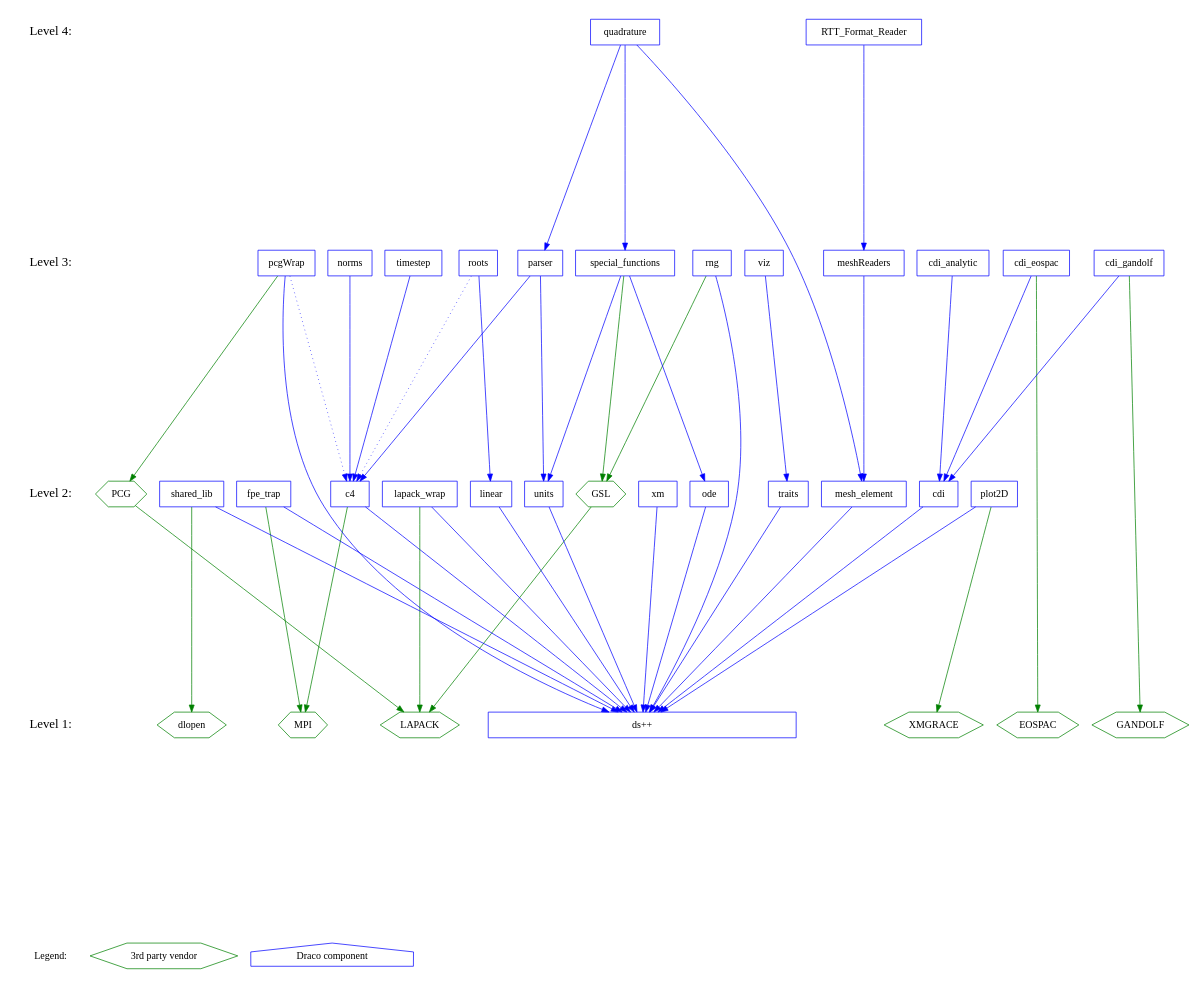
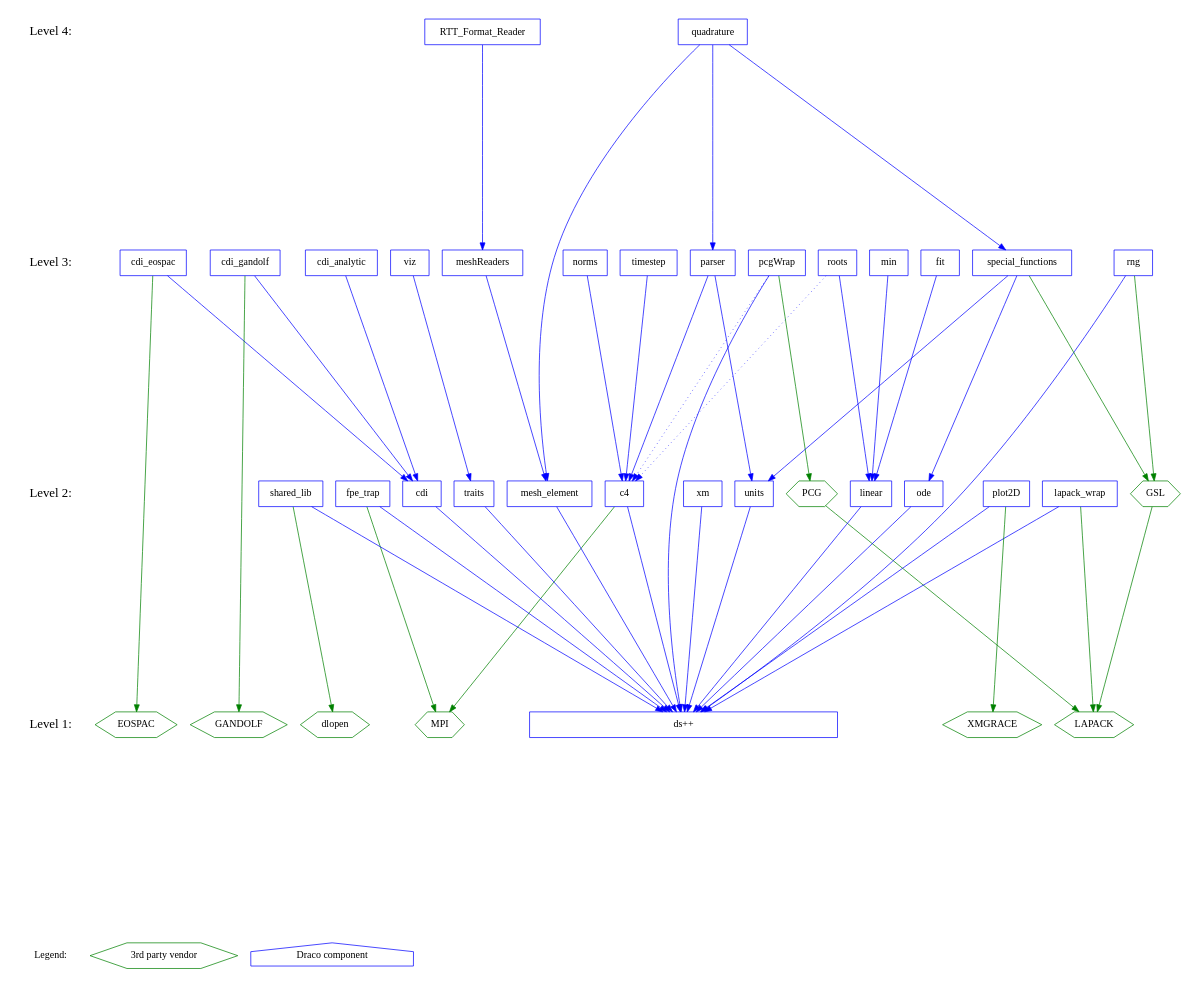
Before and after one commit to losalamos/Draco: the diagram in doc/design/level.dot, drawn with Graphviz. The commit also changed 10 other files, not shown here.

Commit message:
+ Add new components fit and min to the CMake-based build system.

```diff
--- a/doc/design/level.dot
+++ b/doc/design/level.dot
@@ -1,130 +1,134 @@
 digraph draco_level {
     /* graph attributes */
     center=1;
     size="7.5,10";
     ranksep=4;
     
     /* levels */
     legend [shape=plaintext, label="Legend:", fontsize=14];
     level1 [shape=plaintext, label="Level 1:", fontsize=18];
     level2 [shape=plaintext, label="Level 2:", fontsize=18];
     level3 [shape=plaintext, label="Level 3:", fontsize=18];
     level4 [shape=plaintext, label="Level 4:", fontsize=18];
 /*     level5 [shape=plaintext, label="Level 5:", fontsize=18]; */
 /*    level6 [shape=plaintext, label="Level 6:", fontsize=18]; */
     
     /* level6 -> level5 -> */
     level4 -> level3 -> level2 -> level1 -> legend [style=invis];
     
     /* packages */
 
     /* legend */
     leg_vendor [shape=box, label="3rd party vendor", color=green, shape=hexagon];
     leg_draco  [shape=box, label="Draco component",  color=blue,  shape=house ];
 
     /* level 1 */
     vdlopen    [shape=hexagon, color=green, label="dlopen"];
     veospac    [shape=hexagon, color=green, label="EOSPAC"];
     vgandolf   [shape=hexagon, color=green, label="GANDOLF"];
     vgrace     [shape=hexagon, color=green, label="XMGRACE"];
     vlapack    [shape=hexagon, color=green, label="LAPACK"];
     vmpi       [shape=hexagon, color=green, label="MPI"];
         
     dsxx [shape=box, color=blue, label="ds++", width=6];
     
     /* level 2 */
     vgsl       [shape=hexagon, color=green, label="GSL"];
     vpcg       [shape=hexagon, color=green, label="PCG"];
 
     c4         [shape=box, color=blue, label="c4"];
     cdi        [shape=box, color=blue, label="cdi"];
     fpetrap    [shape=box, color=blue, label="fpe_trap"];
     lapack     [shape=box, color=blue, label="lapack_wrap"];
     linear     [shape=box, color=blue, label="linear"];
     meshelement [shape=box, color=blue, label="mesh_element"];
     ode        [shape=box, color=blue, label="ode"];
     plot       [shape=box, color=blue, label="plot2D"];
     rng        [shape=box, color=blue, label="rng"];
     shlib      [shape=box, color=blue, label="shared_lib"];
     traits     [shape=box, color=blue, label="traits"];
     units      [shape=box, color=blue, label="units"];
     xm         [shape=box, color=blue, label="xm"];
         
     /* level 3 */
     cdianal   [shape=box, color=blue, label="cdi_analytic"];
     cdieos    [shape=box, color=blue, label="cdi_eospac"];
     cdigan    [shape=box, color=blue, label="cdi_gandolf"];
+    fit       [shape=box, color=blue, label="fit"];
     meshread  [shape=box, color=blue, label="meshReaders"];
+    min       [shape=box, color=blue, label="min"];
     norms     [shape=box, color=blue, label="norms"];
     parser    [shape=box, color=blue, label="parser"];
     pcg       [shape=box, color=blue, label="pcgWrap"];
     roots     [shape=box, color=blue, label="roots"];
     sf        [shape=box, color=blue, label="special_functions"];
     timestep  [shape=box, color=blue, label="timestep"];
     viz       [shape=box, color=blue, label="viz"];
     
     /* level 4 */
     quad      [shape=box, color=blue, label="quadrature"];
     rttread   [shape=box, color=blue, label="RTT_Format_Reader"];
     
     /* dependencies */
     {rank=same; legend leg_vendor leg_draco};
     {rank=same; level1 dsxx vlapack vmpi veospac  vgandolf vgrace vdlopen};
     {rank=same; level2 shlib plot lapack traits xm c4 fpetrap units cdi vpcg ode linear};
     {rank=same; level3 viz timestep cdianal cdieos cdigan pcg meshread parser sf};
     {rank=same; level4 rttread quad};
     
     /* draco packages */
 
     /* NOTE:  hidden dependencies are in comments at the end of each line.
      * For example if a package depends on c4 it implicitly depends on dsxx
      * as well.  The dependency on dsxx is not shown explicitly on the
      * graph. 
     
     /* level 2 */
     c4          -> {dsxx}        [color=blue];
     c4          -> {vmpi}        [color=green];
     cdi         -> {dsxx}        [color=blue];
     fpetrap     -> {dsxx}        [color=blue];
     fpetrap     -> {vmpi}        [color=green];
     lapack      -> {dsxx}        [color=blue];
     lapack      -> {vlapack}     [color=green];
     linear      -> {dsxx}        [color=blue];
     meshelement -> {dsxx}        [color=blue];
     ode         -> {dsxx}        [color=blue];
     plot        -> {dsxx}        [color=blue];
     plot        -> {vgrace}      [color=green];
     rng         -> {dsxx}        [color=blue];
     rng         -> {vgsl}        [color=green];
     shlib       -> {dsxx}        [color=blue];
     shlib       -> {vdlopen}     [color=green];
     traits      -> {dsxx}        [color=blue];
     units       -> {dsxx}        [color=blue];
     vgsl        -> {vlapack}     [color=green];
     vpcg        -> {vlapack}     [color=green];
     xm          -> {dsxx}        [color=blue];
     
     /* level 3 */
     cdianal     -> {cdi}         [color=blue];
     cdieos      -> {cdi}         [color=blue];
     cdieos      -> {veospac}     [color=green]; 
     cdigan      -> {cdi}         [color=blue]; 
     cdigan      -> {vgandolf}    [color=green];
+    fit         -> {linear}      [color=blue];
     meshread    -> {meshelement} [color=blue];
+    min         -> {linear}      [color=blue];
     norms       -> {c4}          [color=blue];
     parser      -> {c4 units}    [color=blue];
     pcg         -> {c4}          [color=blue style=dotted];
     pcg         -> {dsxx}        [color=blue];
     pcg         -> {vpcg}        [color=green];
     roots       -> {linear}      [color=blue];
     roots       -> {c4}          [color=blue, style=dotted];
     sf          -> {units ode}   [color=blue];
     sf          -> {vgsl}        [color=green];
     timestep    -> {c4}          [color=blue];
     viz         -> {traits}      [color=blue];
 
     /* level 4 */
     quad        -> {sf meshelement parser} [color=blue];
     rttread     -> {meshread}              [color=blue];
 
 }
```
